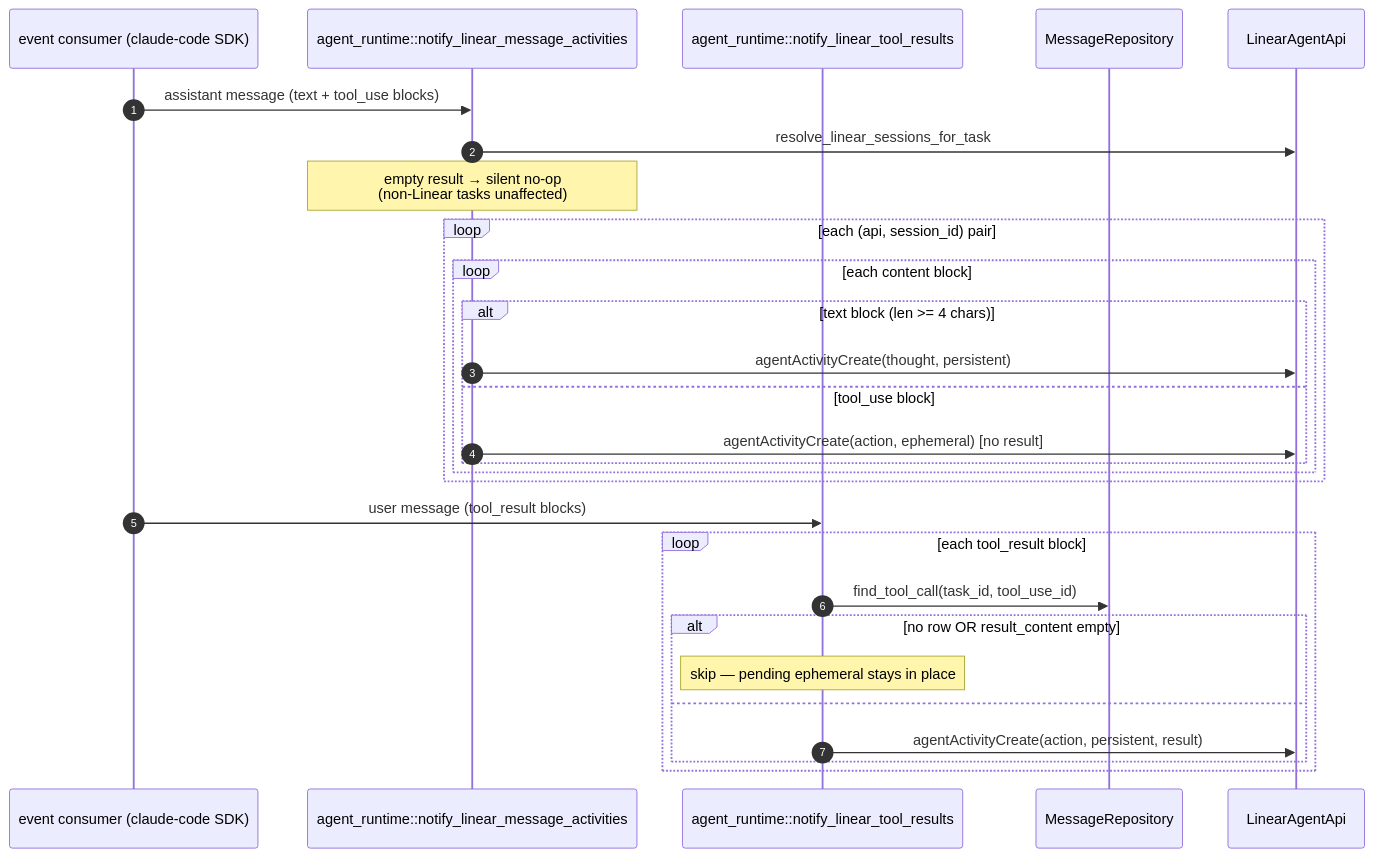
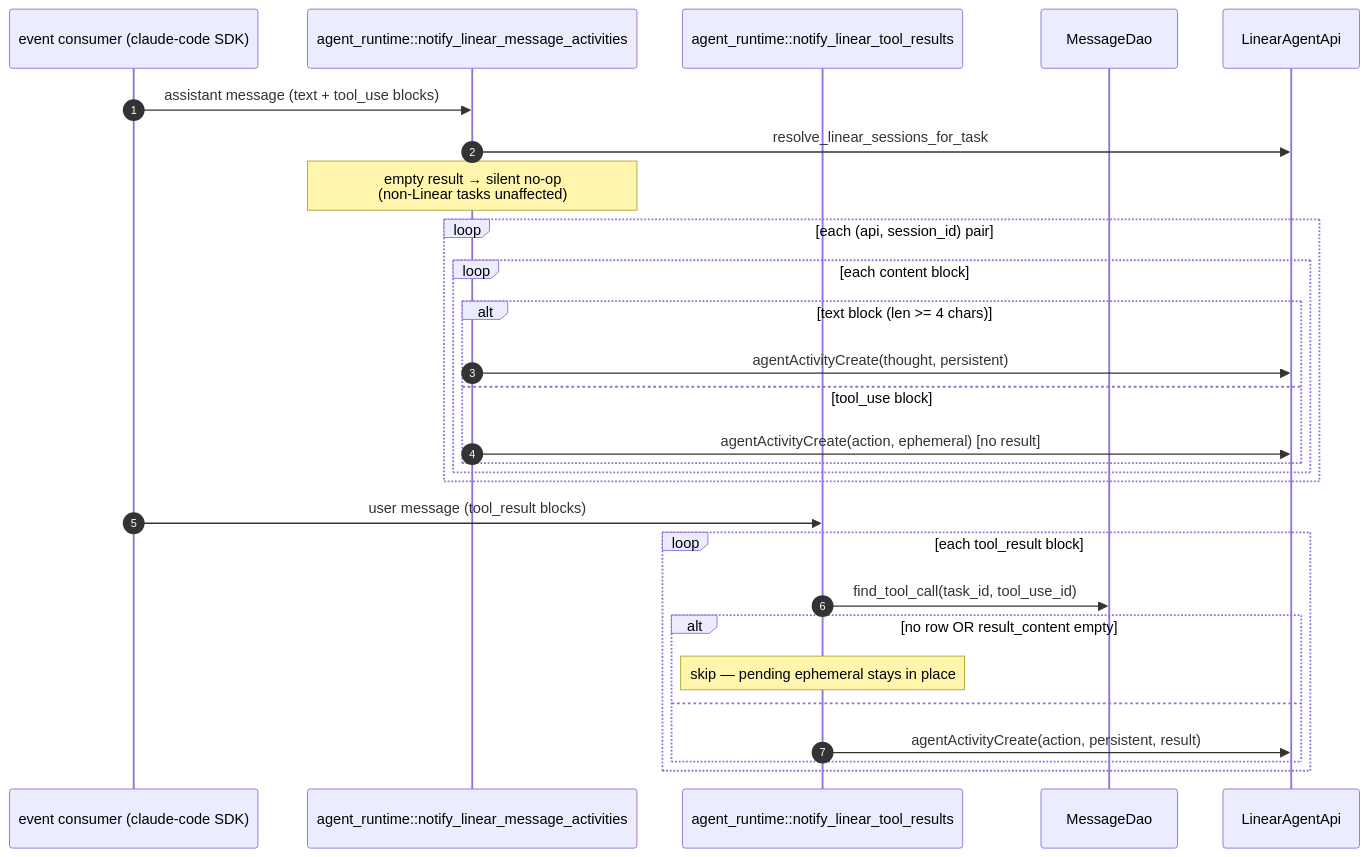
The eighth of 9 diagrams in docs/linear-adapter.md (aorwall/moatless), drawn with Mermaid before and after one commit. The commit also changed other lines of this file and 122 other files, not shown here.

````diff
--- a/docs/linear-adapter.md
+++ b/docs/linear-adapter.md
@@ -410,32 +410,32 @@
 ```mermaid
 sequenceDiagram
     autonumber
     participant Consumer as event consumer (claude-code SDK)
     participant Assistant as agent_runtime::notify_linear_message_activities
     participant Results as agent_runtime::notify_linear_tool_results
-    participant Repo as MessageRepository
+    participant Repo as MessageDao
     participant API as LinearAgentApi
 
     Consumer->>Assistant: assistant message (text + tool_use blocks)
     Assistant->>API: resolve_linear_sessions_for_task
     Note over Assistant: empty result → silent no-op<br/>(non-Linear tasks unaffected)
     loop each (api, session_id) pair
         loop each content block
             alt text block (len >= 4 chars)
                 Assistant->>API: agentActivityCreate(thought, persistent)
             else tool_use block
                 Assistant->>API: agentActivityCreate(action, ephemeral) [no result]
             end
         end
     end
 
     Consumer->>Results: user message (tool_result blocks)
     loop each tool_result block
         Results->>Repo: find_tool_call(task_id, tool_use_id)
         alt no row OR result_content empty
             Note over Results: skip — pending ephemeral stays in place
         else
             Results->>API: agentActivityCreate(action, persistent, result)
         end
     end
 ```
````
